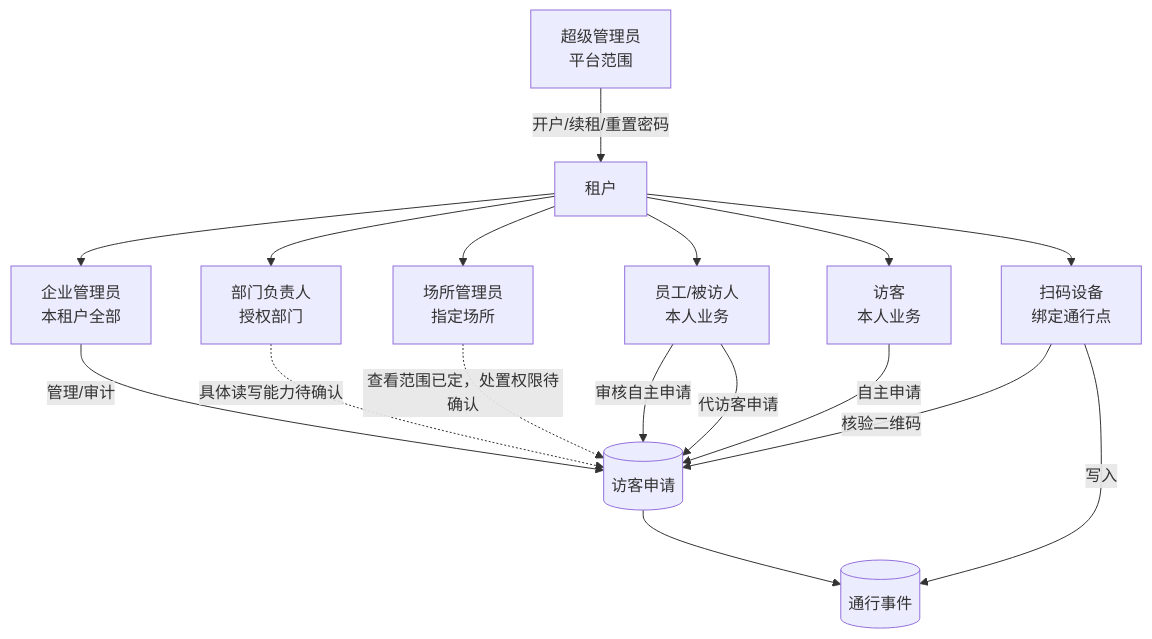
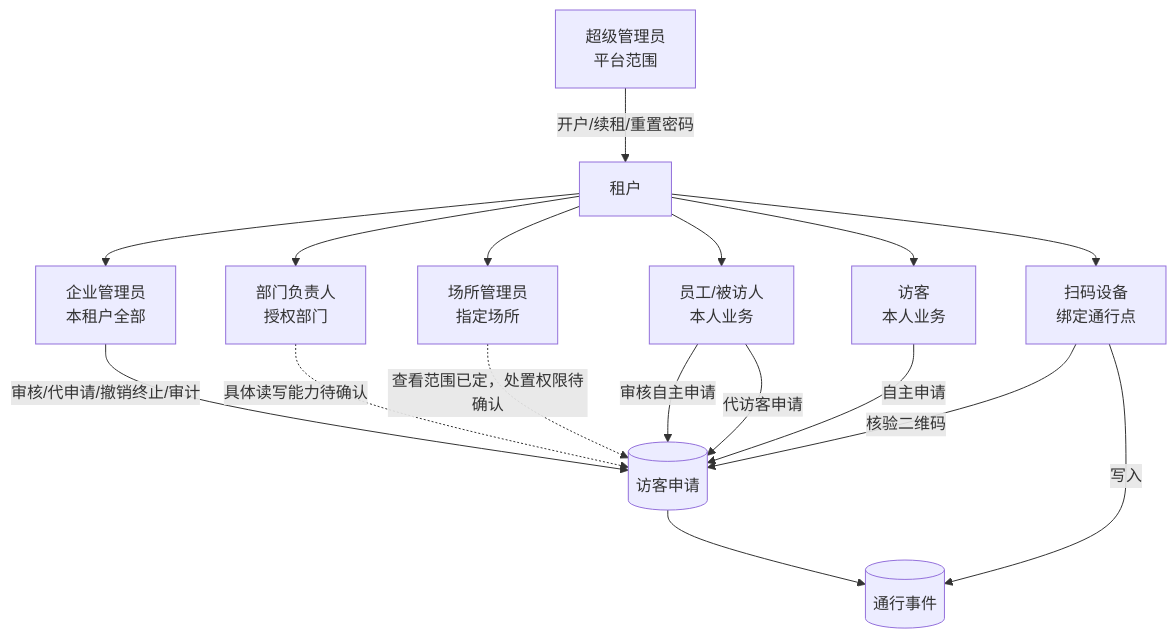
Before and after one commit to tangxiaochen755-droid/visitor-phase1-visual-blue: the diagram in docs/integration/01-角色权限与职责.md, drawn with Mermaid. The commit also changed other lines of this file and 26 other files, not shown here.

````diff
--- a/docs/integration/01-角色权限与职责.md
+++ b/docs/integration/01-角色权限与职责.md
@@ -5,19 +5,19 @@
 ```mermaid
 flowchart TB
   SA[超级管理员\n平台范围] -->|开户/续租/重置密码| T[租户]
   T --> TA[企业管理员\n本租户全部]
   T --> DM[部门负责人\n授权部门]
   T --> VM[场所管理员\n指定场所]
   T --> E[员工/被访人\n本人业务]
   T --> V[访客\n本人业务]
   T --> D[扫码设备\n绑定通行点]
   E -->|审核自主申请| A[(访客申请)]
   E -->|代访客申请| A
   V -->|自主申请| A
-  TA -->|管理/审计| A
+  TA -->|审核/代申请/撤销终止/审计| A
   DM -.->|具体读写能力待确认| A
   VM -.->|查看范围已定，处置权限待确认| A
   D -->|核验二维码| A
   D -->|写入| X[(通行事件)]
   A --> X
 ```
````
